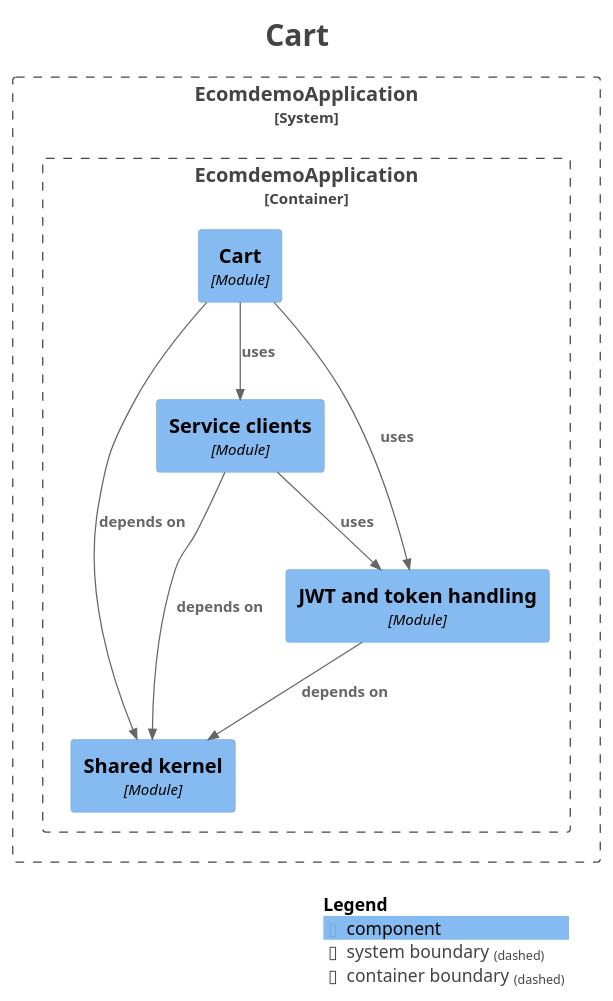
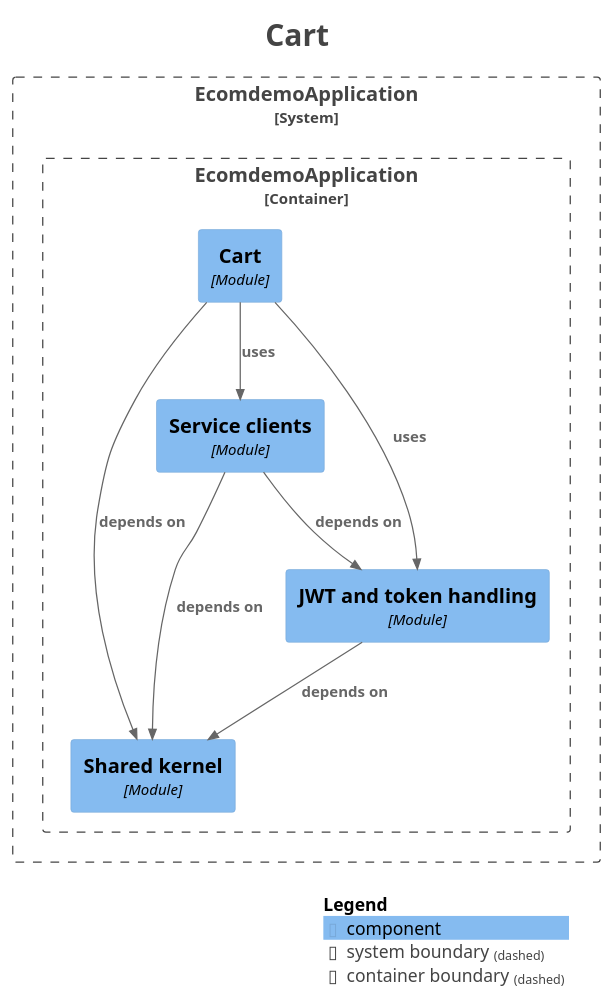
The diagram in docs/modules/module-cart.puml (mr-sujay-patil/ecomdemo), drawn with PlantUML before and after one commit. The commit also changed 16 other files, not shown here.

```diff
--- a/docs/modules/module-cart.puml
+++ b/docs/modules/module-cart.puml
@@ -1,37 +1,37 @@
 @startuml
 title <size:24>Cart</size>
 
 set separator none
 top to bottom direction
 
 <style>
   root {
     BackgroundColor: #ffffff
     FontColor: #444444
   }
 </style>
 
 !include <C4/C4>
 !include <C4/C4_Context>
 !include <C4/C4_Component>
 
 System_Boundary("EcomdemoApplication_boundary", "EcomdemoApplication", $tags="") {
   Container_Boundary("EcomdemoApplication.EcomdemoApplication_boundary", "EcomdemoApplication", $tags="") {
     Component(EcomdemoApplication.EcomdemoApplication.Serviceclients, "Service clients", $techn="Module", $descr="", $tags="", $link="")
     Component(EcomdemoApplication.EcomdemoApplication.Cart, "Cart", $techn="Module", $descr="", $tags="", $link="")
     Component(EcomdemoApplication.EcomdemoApplication.Sharedkernel, "Shared kernel", $techn="Module", $descr="", $tags="", $link="")
     Component(EcomdemoApplication.EcomdemoApplication.JWTandtokenhandling, "JWT and token handling", $techn="Module", $descr="", $tags="", $link="")
   }
 
 }
 
 Rel(EcomdemoApplication.EcomdemoApplication.Cart, EcomdemoApplication.EcomdemoApplication.JWTandtokenhandling, "uses", $techn="", $tags="", $link="")
 Rel(EcomdemoApplication.EcomdemoApplication.Cart, EcomdemoApplication.EcomdemoApplication.Serviceclients, "uses", $techn="", $tags="", $link="")
 Rel(EcomdemoApplication.EcomdemoApplication.Cart, EcomdemoApplication.EcomdemoApplication.Sharedkernel, "depends on", $techn="", $tags="", $link="")
 Rel(EcomdemoApplication.EcomdemoApplication.JWTandtokenhandling, EcomdemoApplication.EcomdemoApplication.Sharedkernel, "depends on", $techn="", $tags="", $link="")
-Rel(EcomdemoApplication.EcomdemoApplication.Serviceclients, EcomdemoApplication.EcomdemoApplication.JWTandtokenhandling, "uses", $techn="", $tags="", $link="")
+Rel(EcomdemoApplication.EcomdemoApplication.Serviceclients, EcomdemoApplication.EcomdemoApplication.JWTandtokenhandling, "depends on", $techn="", $tags="", $link="")
 Rel(EcomdemoApplication.EcomdemoApplication.Serviceclients, EcomdemoApplication.EcomdemoApplication.Sharedkernel, "depends on", $techn="", $tags="", $link="")
 
 SHOW_LEGEND(true)
 hide stereotypes
 @enduml
```
